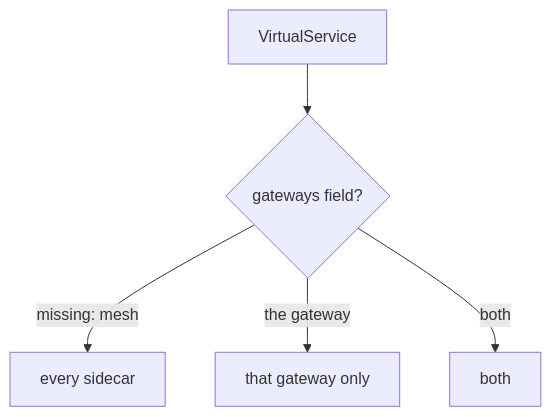
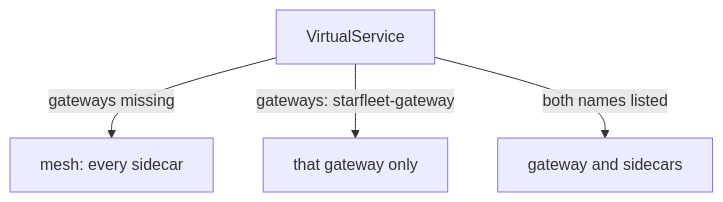
The diagram in sections/section-060/module-01/course-02-binding-routes-with-gateways.md (astrona-io/ATS014), drawn with Mermaid before and after one commit. The commit also changed other lines of this file and 813 other files, not shown here.

````diff
--- a/sections/section-060/module-01/course-02-binding-routes-with-gateways.md
+++ b/sections/section-060/module-01/course-02-binding-routes-with-gateways.md
@@ -50,7 +125,6 @@
 ```mermaid
 flowchart TB
-    V["VirtualService"] --> Q{"gateways field?"}
-    Q -->|"missing: mesh"| M["every sidecar"]
-    Q -->|"the gateway"| G["that gateway only"]
-    Q -->|"both"| B["both"]
+    V["VirtualService"] -->|"gateways missing"| M["mesh: every sidecar"]
+    V -->|"gateways: starfleet-gateway"| G["that gateway only"]
+    V -->|"both names listed"| B["gateway and sidecars"]
 ```
````
